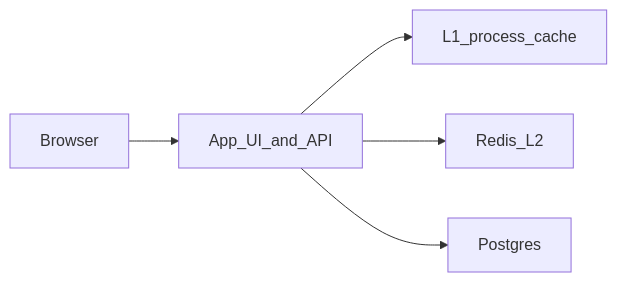
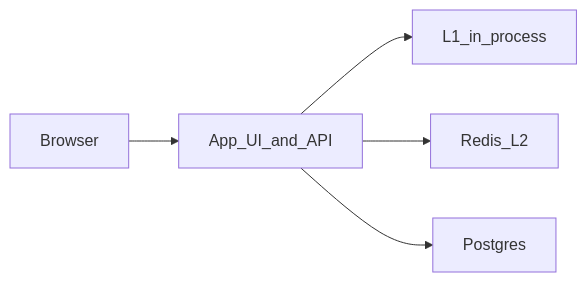
One commit to CharlotteYW/system-design-interview changed the diagram in questions/url-shortener/README.md. Above: the diagram before and after it, drawn with Mermaid. The commit also changed other lines of this file and 8 other files, not shown here.

````diff
--- a/questions/url-shortener/README.md
+++ b/questions/url-shortener/README.md
@@ -50,12 +58,12 @@
 ```mermaid
 flowchart LR
   browser[Browser]
   app[App_UI_and_API]
-  l1[L1_process_cache]
+  l1[L1_in_process]
   redis[Redis_L2]
   pg[Postgres]
   browser --> app
   app --> l1
   app --> redis
   app --> pg
 ```
````
